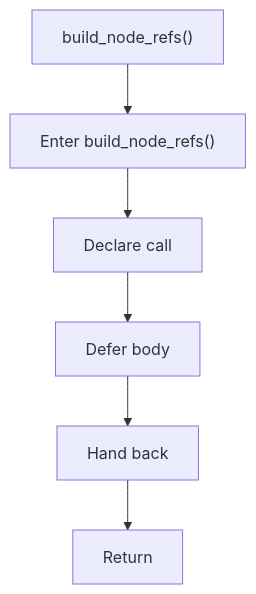
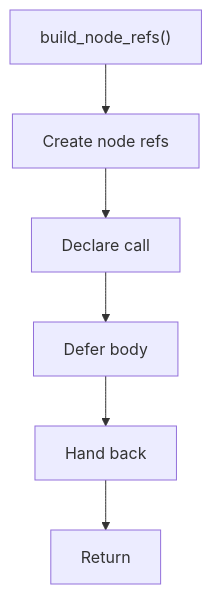
The diagram in docs/Codebase/Microservice/Modules/Header/SyntacticBrokenAST/HashingMechanism/HashLinks/Internal/Flow/functions/build_node_refs.hpp.md (JohnAndrewBalbarosa/NeoTerritory), drawn with Mermaid before and after one commit. The commit also changed other lines of this file and 925 other files, not shown here.

````diff
--- a/docs/Codebase/Microservice/Modules/Header/SyntacticBrokenAST/HashingMechanism/HashLinks/Internal/Flow/functions/build_node_refs.hpp.md
+++ b/docs/Codebase/Microservice/Modules/Header/SyntacticBrokenAST/HashingMechanism/HashLinks/Internal/Flow/functions/build_node_refs.hpp.md
@@ -16,14 +16,14 @@
 ```mermaid
 flowchart TD
     Start["build_node_refs()"]
-    N0["Enter build_node_refs()"]
+    N0["Create node refs"]
     N1["Declare call"]
     N2["Defer body"]
     N3["Hand back"]
     End["Return"]
     Start --> N0
     N0 --> N1
     N1 --> N2
     N2 --> N3
     N3 --> End
 ```
````
